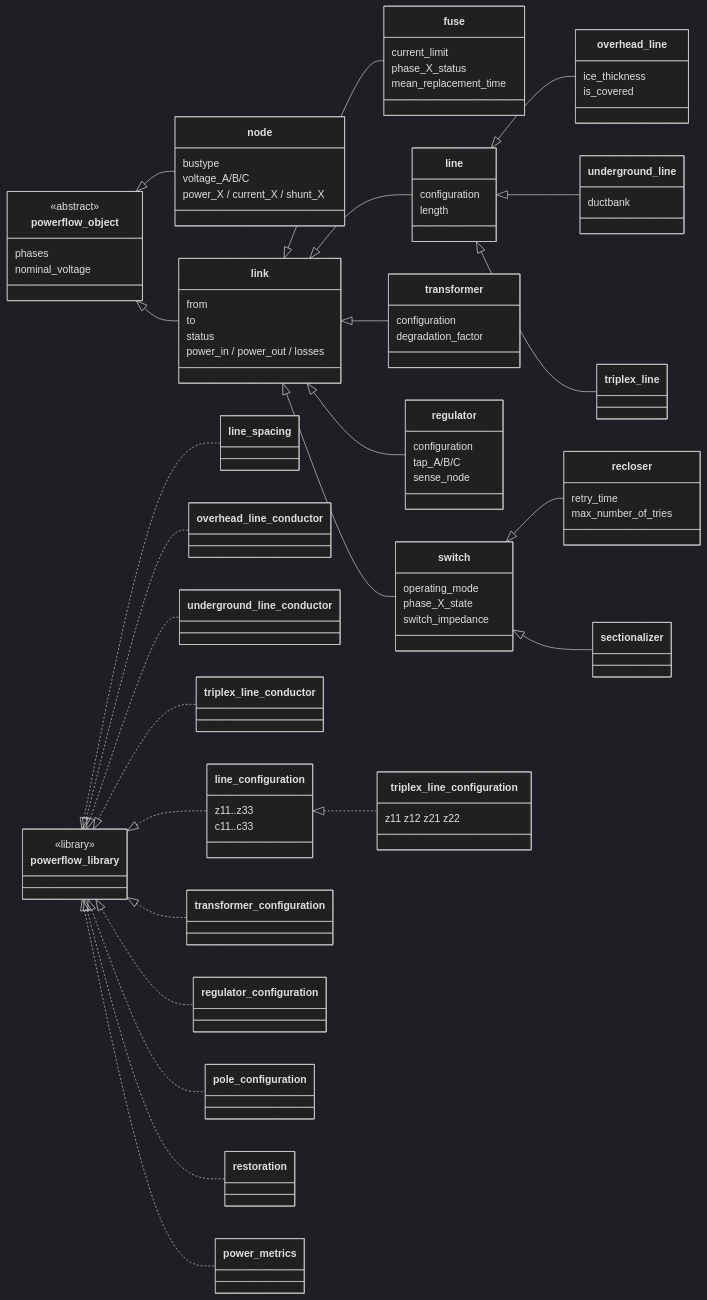
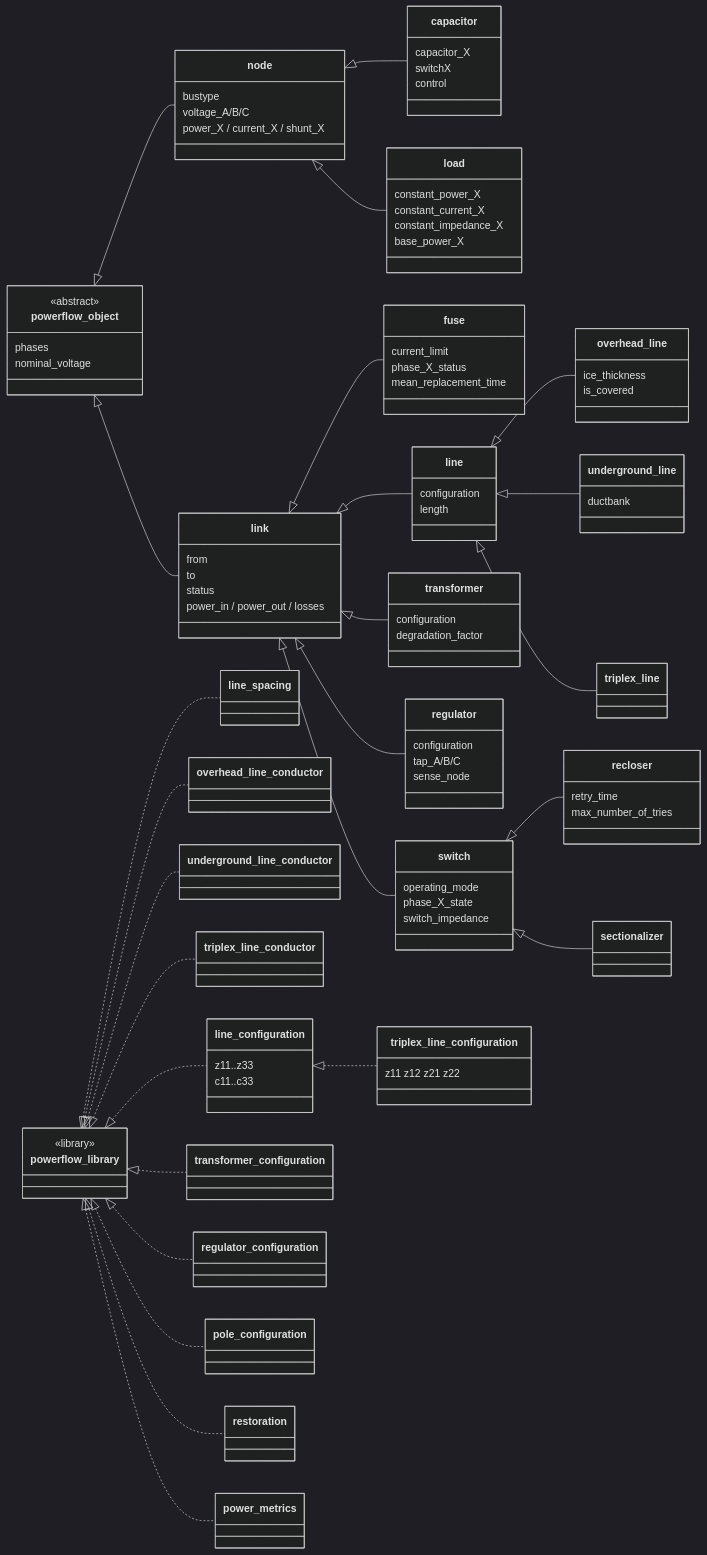
Before and after one commit to arras-energy/arras: the diagram in src/powerflow/README.md, drawn with Mermaid (dark theme). The commit also changed other lines of this file and 11 other files, not shown here.

First line of the commit message:
Add capacitor and load classes (#58)

```diff
--- a/src/powerflow/README.md
+++ b/src/powerflow/README.md
@@ -80,6 +80,19 @@
         max_number_of_tries
     }
     link_ <|-- switch
+    class capacitor {
+        capacitor_X
+        switchX
+        control
+    }
+    class load {
+        constant_power_X
+        constant_current_X
+        constant_impedance_X
+        base_power_X
+    }
+    node <|-- capacitor
+    node <|-- load
     switch <|-- recloser
     switch <|-- sectionalizer
     powerflow_library <|.. line_spacing
```
